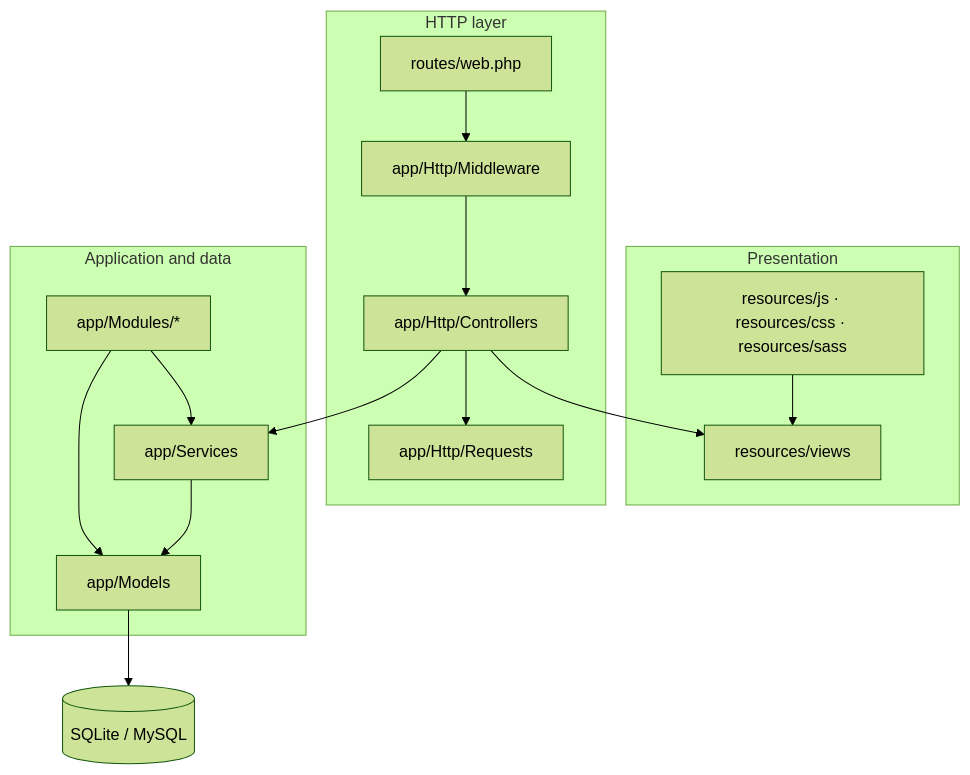
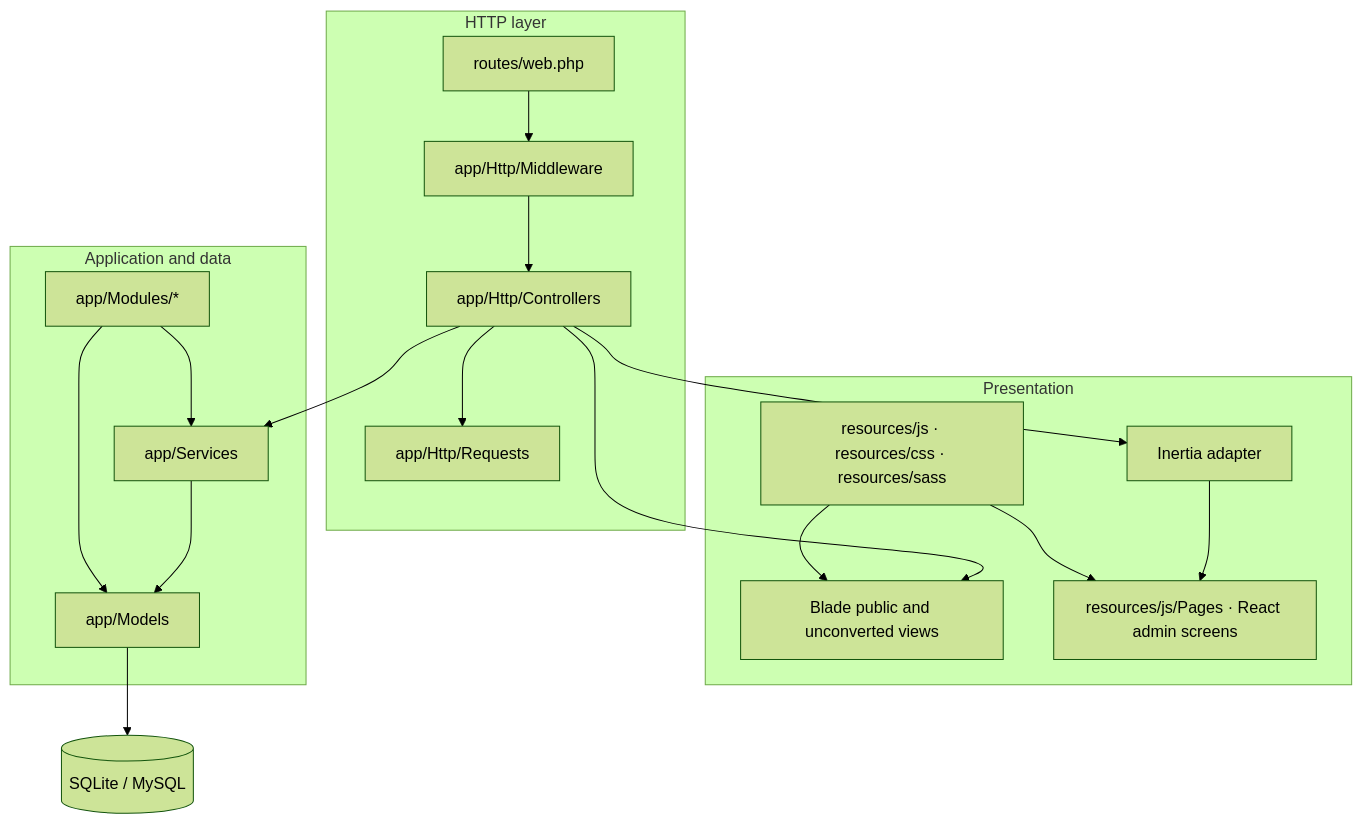
The second of 3 diagrams in ARCHITECTURE.md (Risad212/Medicare), drawn with Mermaid (forest theme) before and after one commit. The commit also changed other lines of this file and 25 other files, not shown here.

Commit message:
feat: start React admin panel migration

````diff
--- a/ARCHITECTURE.md
+++ b/ARCHITECTURE.md
@@ -26,31 +29,35 @@
 ```mermaid
 flowchart TB
     subgraph Presentation["Presentation"]
-        Blade["resources/views"]
+        Blade["Blade public and unconverted views"]
+        React["resources/js/Pages · React admin screens"]
+        Inertia["Inertia adapter"]
         Assets["resources/js · resources/css · resources/sass"]
     end
 
     subgraph HTTP["HTTP layer"]
         WebRoutes["routes/web.php"]
         Controllers["app/Http/Controllers"]
         Requests["app/Http/Requests"]
         Middleware["app/Http/Middleware"]
     end
 
     subgraph Domain["Application and data"]
         Services["app/Services"]
         Models["app/Models"]
         Modules["app/Modules/*"]
     end
 
     Database[("SQLite / MySQL")]
 
     WebRoutes --> Middleware --> Controllers
     Controllers --> Requests
     Controllers --> Services
     Services --> Models --> Database
     Controllers --> Blade
+    Controllers --> Inertia --> React
     Modules --> Services
     Modules --> Models
     Assets --> Blade
+    Assets --> React
 ```
````
